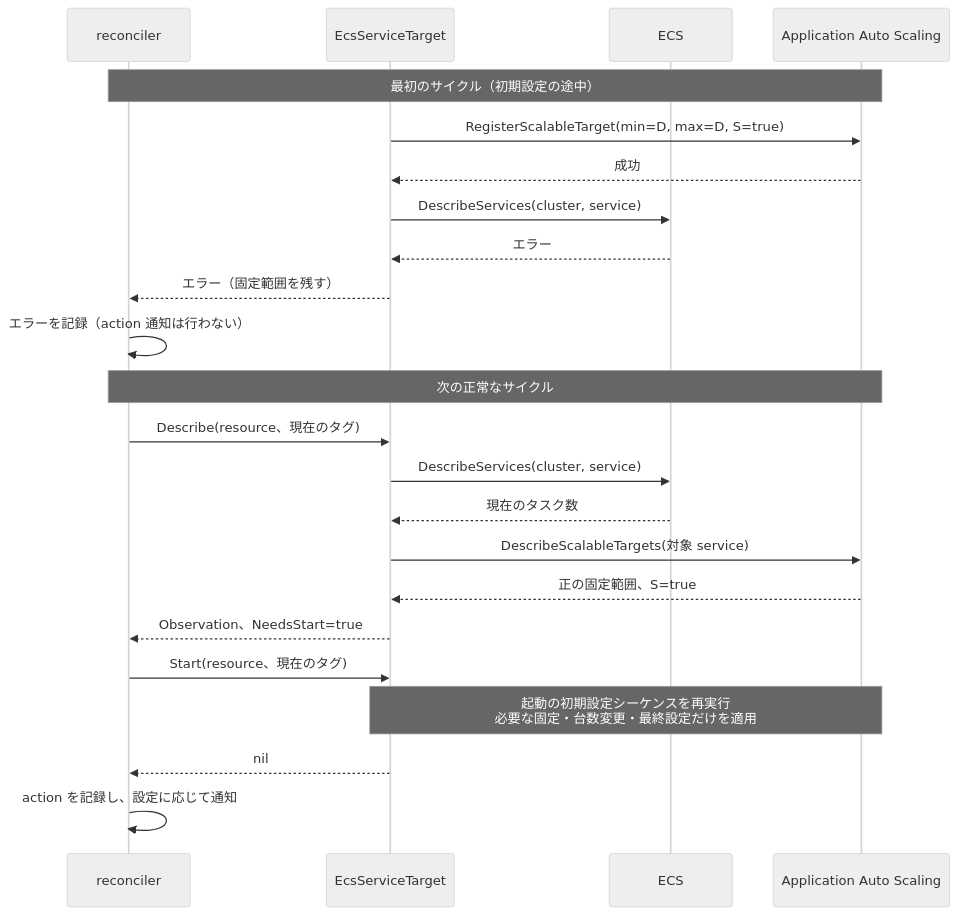
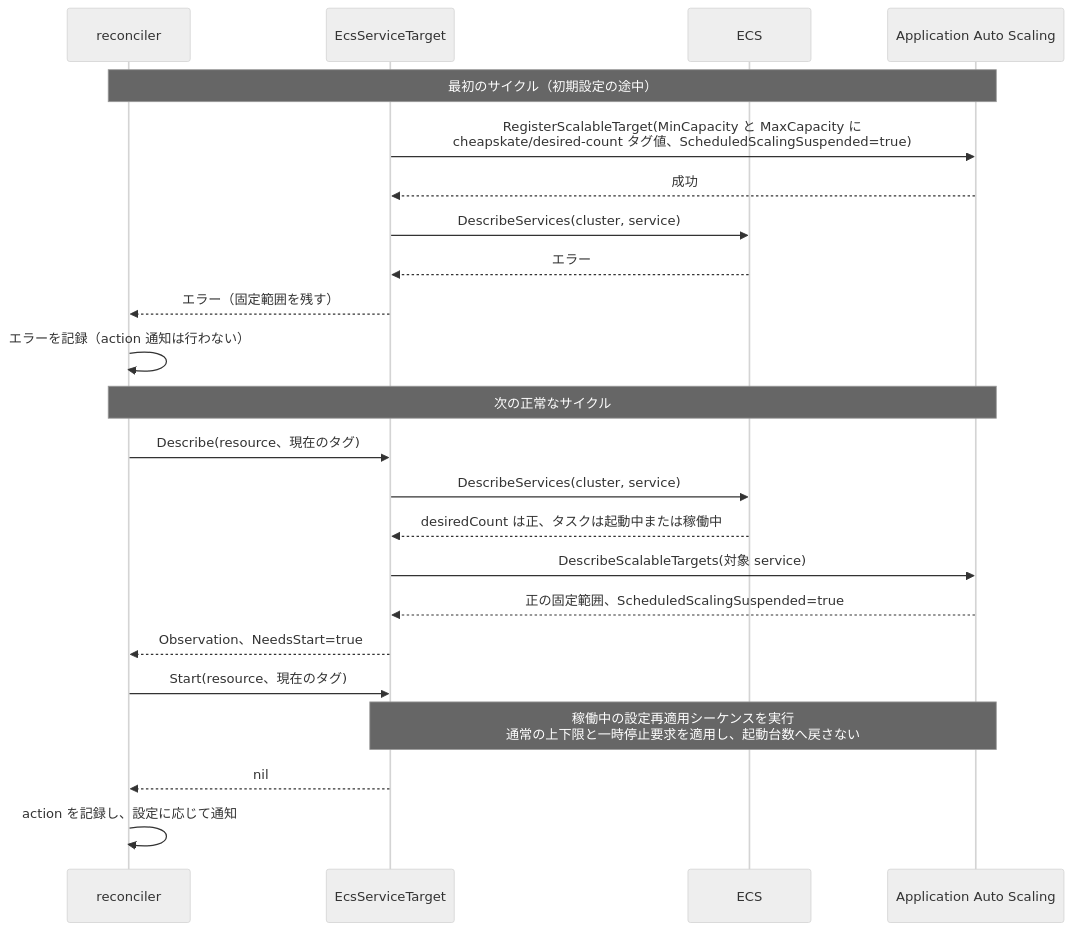
One commit to moepig/cheapskate changed the ninth of 9 diagrams in docs/ja/development/resource_sequence.md. Above: the diagram before and after it, drawn with Mermaid (neutral theme). The commit also changed other lines of this file and 63 other files, not shown here.

````diff
--- a/docs/ja/development/resource_sequence.md
+++ b/docs/ja/development/resource_sequence.md
@@ -339,25 +334,25 @@
 ```mermaid
 sequenceDiagram
-    participant R as reconciler
-    participant A as EcsServiceTarget
-    participant E as ECS
-    participant S as Application Auto Scaling
-    Note over R,S: 最初のサイクル（初期設定の途中）
-    A->>S: RegisterScalableTarget(min=D, max=D, S=true)
-    S-->>A: 成功
-    A->>E: DescribeServices(cluster, service)
-    E-->>A: エラー
-    A-->>R: エラー（固定範囲を残す）
-    R->>R: エラーを記録（action 通知は行わない）
-    Note over R,S: 次の正常なサイクル
-    R->>A: Describe(resource、現在のタグ)
-    A->>E: DescribeServices(cluster, service)
-    E-->>A: 現在のタスク数
-    A->>S: DescribeScalableTargets(対象 service)
-    S-->>A: 正の固定範囲、S=true
-    A-->>R: Observation、NeedsStart=true
-    R->>A: Start(resource、現在のタグ)
-    Note over A,S: 起動の初期設定シーケンスを再実行<br/>必要な固定・台数変更・最終設定だけを適用
-    A-->>R: nil
-    R->>R: action を記録し、設定に応じて通知
+    participant Reconciler as reconciler
+    participant Adapter as EcsServiceTarget
+    participant EcsAPI as ECS
+    participant AutoScaling as Application Auto Scaling
+    Note over Reconciler,AutoScaling: 最初のサイクル（初期設定の途中）
+    Adapter->>AutoScaling: RegisterScalableTarget(MinCapacity と MaxCapacity に<br/>cheapskate/desired-count タグ値、ScheduledScalingSuspended=true)
+    AutoScaling-->>Adapter: 成功
+    Adapter->>EcsAPI: DescribeServices(cluster, service)
+    EcsAPI-->>Adapter: エラー
+    Adapter-->>Reconciler: エラー（固定範囲を残す）
+    Reconciler->>Reconciler: エラーを記録（action 通知は行わない）
+    Note over Reconciler,AutoScaling: 次の正常なサイクル
+    Reconciler->>Adapter: Describe(resource、現在のタグ)
+    Adapter->>EcsAPI: DescribeServices(cluster, service)
+    EcsAPI-->>Adapter: desiredCount は正、タスクは起動中または稼働中
+    Adapter->>AutoScaling: DescribeScalableTargets(対象 service)
+    AutoScaling-->>Adapter: 正の固定範囲、ScheduledScalingSuspended=true
+    Adapter-->>Reconciler: Observation、NeedsStart=true
+    Reconciler->>Adapter: Start(resource、現在のタグ)
+    Note over Adapter,AutoScaling: 稼働中の設定再適用シーケンスを実行<br/>通常の上下限と一時停止要求を適用し、起動台数へ戻さない
+    Adapter-->>Reconciler: nil
+    Reconciler->>Reconciler: action を記録し、設定に応じて通知
 ```
````
